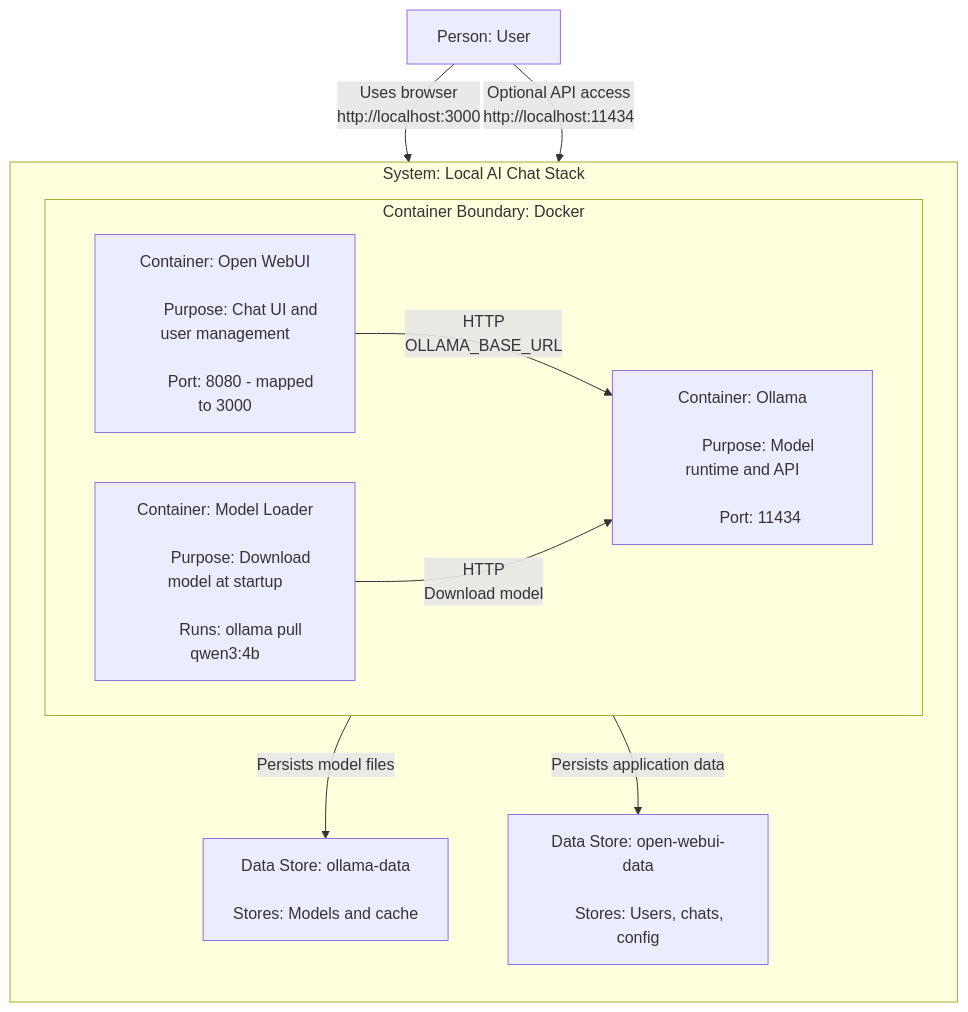
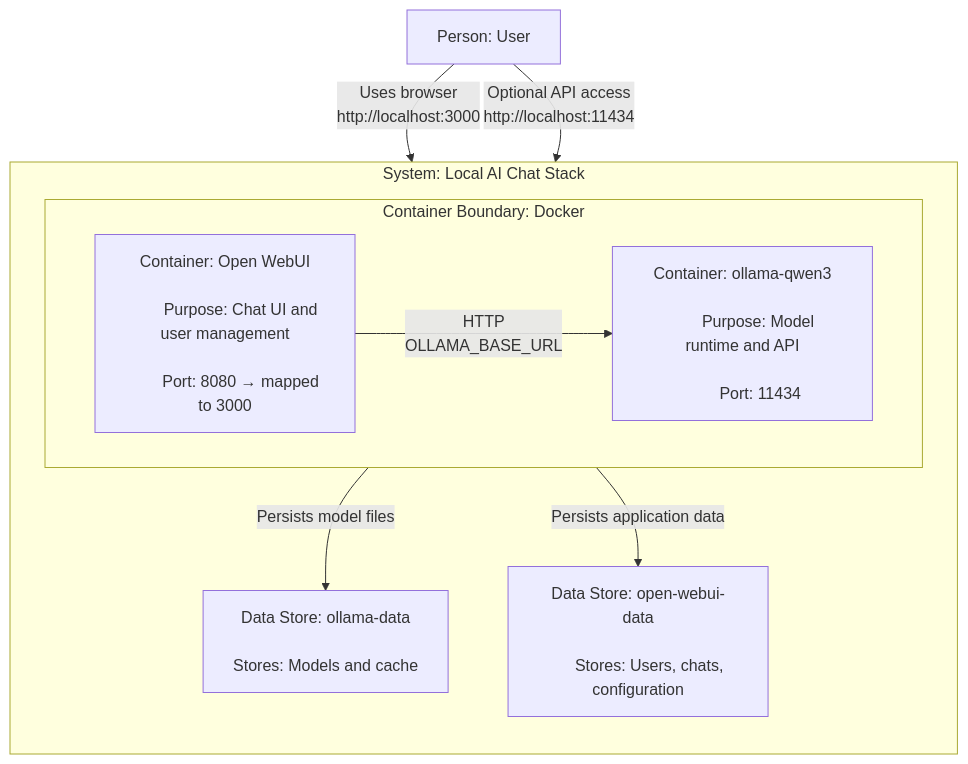
Before and after one commit to r3xakead0/qwen3-container: the diagram in README.md, drawn with Mermaid. The commit also changed other lines of this file and 4 other files, not shown here.

````diff
--- a/README.md
+++ b/README.md
@@ -13,54 +17,42 @@
 ```mermaid
 flowchart TB
-  %% ====== System Boundary ======
   subgraph SYS[System: Local AI Chat Stack]
     direction TB
 
-    %% --- Container Boundary ---
     subgraph POD[Container Boundary: Docker]
       direction LR
 
       WEBUI[
         Container: Open WebUI<br>
         Purpose: Chat UI and user management<br>
-        Port: 8080 - mapped to 3000
+        Port: 8080 → mapped to 3000
       ]
 
       OLLAMA[
-        Container: Ollama<br>
+        Container: ollama-qwen3<br>
         Purpose: Model runtime and API<br>
         Port: 11434
       ]
-
-      LOADER[
-        Container: Model Loader<br>
-        Purpose: Download model at startup<br>
-        Runs: ollama pull qwen3:4b
-      ]
     end
 
-    %% --- Data Stores ---
     V_OLLAMA[
       Data Store: ollama-data<br>
       Stores: Models and cache
     ]
 
     V_WEBUI[
       Data Store: open-webui-data<br>
-      Stores: Users, chats, config
+      Stores: Users, chats, configuration
     ]
   end
 
-  %% ====== External Actor ======
   USER[Person: User]
 
-  %% ====== Relationships ======
   USER -->|Uses browser<br>http://localhost:3000| WEBUI
   USER -->|Optional API access<br>http://localhost:11434| OLLAMA
 
   WEBUI -->|HTTP<br>OLLAMA_BASE_URL| OLLAMA
-  LOADER -->|HTTP<br>Download model| OLLAMA
 
   OLLAMA -->|Persists model files| V_OLLAMA
   WEBUI -->|Persists application data| V_WEBUI
 ```
````
